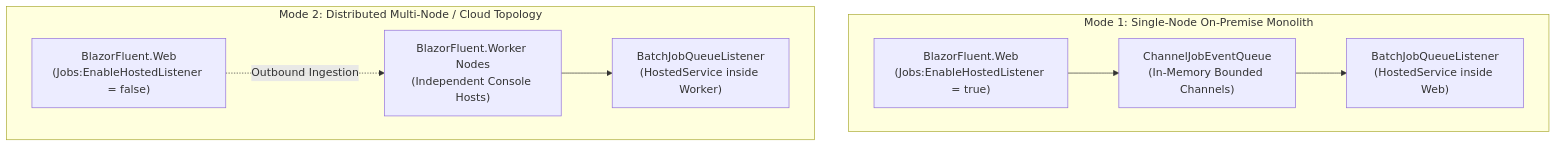
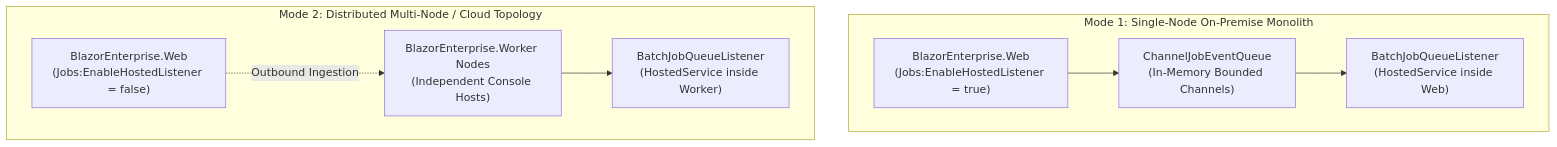
Before and after one commit to cheriansk/blazor-fluent: the second of 3 diagrams in docs/02-Architecture-and-Project-Structure.md, drawn with Mermaid. The commit also changed other lines of this file and 1219 other files, not shown here.

````diff
--- a/docs/02-Architecture-and-Project-Structure.md
+++ b/docs/02-Architecture-and-Project-Structure.md
@@ -197,17 +197,17 @@
 ```mermaid
 flowchart TD
     subgraph ModeA ["Mode 1: Single-Node On-Premise Monolith"]
-        WebA["BlazorFluent.Web\n(Jobs:EnableHostedListener = true)"]
+        WebA["BlazorEnterprise.Web\n(Jobs:EnableHostedListener = true)"]
         ChannelA["ChannelJobEventQueue\n(In-Memory Bounded Channels)"]
         ListenerA["BatchJobQueueListener\n(HostedService inside Web)"]
         WebA --> ChannelA --> ListenerA
     end
 
     subgraph ModeB ["Mode 2: Distributed Multi-Node / Cloud Topology"]
-        WebB["BlazorFluent.Web\n(Jobs:EnableHostedListener = false)"]
-        WorkerB["BlazorFluent.Worker Nodes\n(Independent Console Hosts)"]
+        WebB["BlazorEnterprise.Web\n(Jobs:EnableHostedListener = false)"]
+        WorkerB["BlazorEnterprise.Worker Nodes\n(Independent Console Hosts)"]
         ListenerB["BatchJobQueueListener\n(HostedService inside Worker)"]
         WebB -.->|Outbound Ingestion| WorkerB
         WorkerB --> ListenerB
     end
 ```
````
